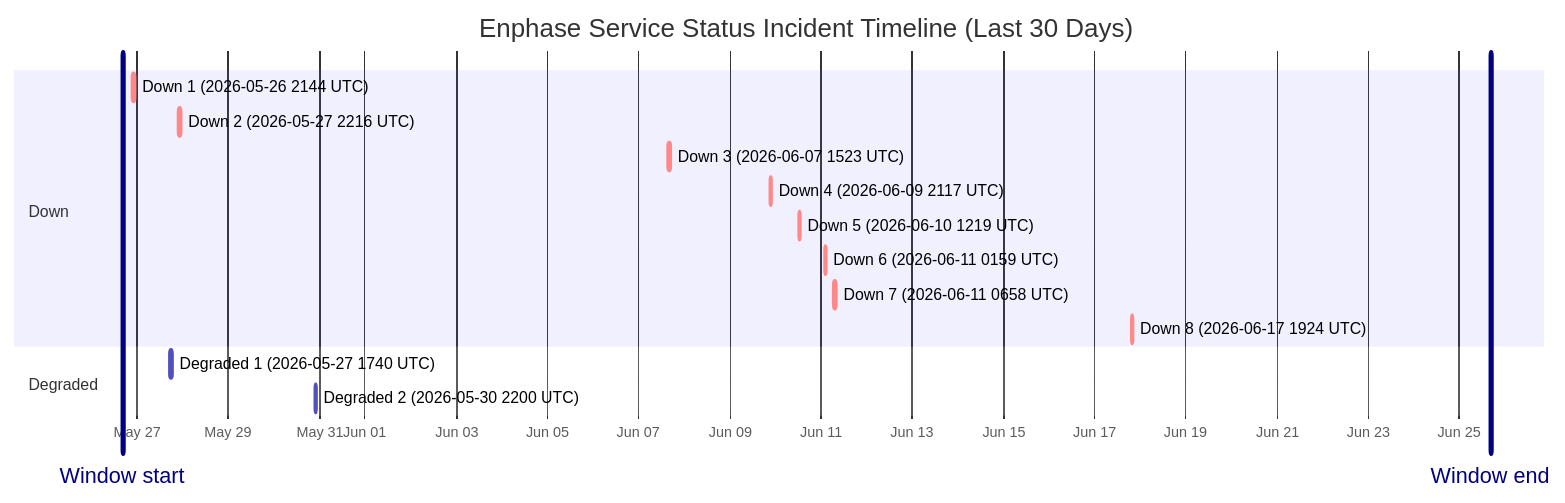
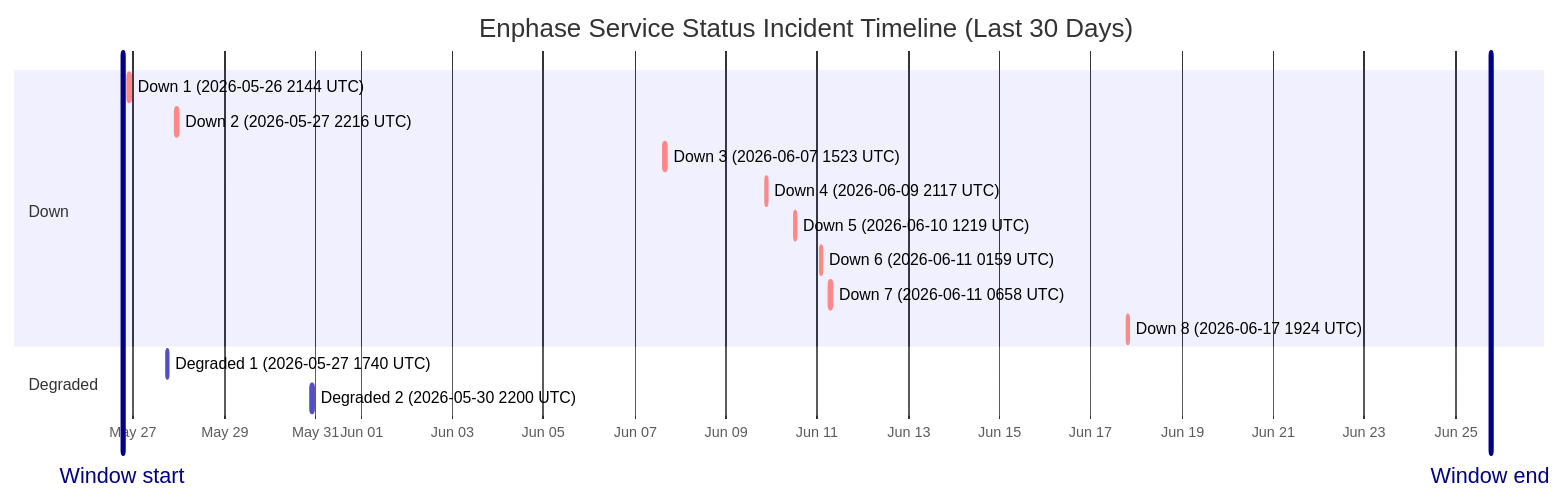
One commit to barneyonline/ha-enphase-energy changed the diagram in wiki/Service-Status-History.md. Above: the diagram before and after it, drawn with Mermaid. The commit also changed other lines of this file and 3 other files, not shown here.

````diff
--- a/wiki/Service-Status-History.md
+++ b/wiki/Service-Status-History.md
@@ -14,20 +14,20 @@
 ```mermaid
 gantt
     title Enphase Service Status Incident Timeline (Last 30 Days)
     dateFormat  YYYY-MM-DDTHH:mm:ss
     axisFormat  %b %d
-    Window start :vert, window-start, 2026-05-26T16:22:23, 0ms
-    Window end :vert, window-end, 2026-06-25T16:22:23, 0ms
+    Window start :vert, window-start, 2026-05-26T18:31:46, 0ms
+    Window end :vert, window-end, 2026-06-25T18:31:46, 0ms
     section Down
     Down 1 (2026-05-26 2144 UTC) :crit, down-1, 2026-05-26T21:44:11, 85m
     Down 2 (2026-05-27 2216 UTC) :crit, down-2, 2026-05-27T22:16:53, 87m
     Down 3 (2026-06-07 1523 UTC) :crit, down-3, 2026-06-07T15:23:22, 87m
     Down 4 (2026-06-09 2117 UTC) :crit, down-4, 2026-06-09T21:17:17, 60m
     Down 5 (2026-06-10 1219 UTC) :crit, down-5, 2026-06-10T12:19:21, 60m
     Down 6 (2026-06-11 0159 UTC) :crit, down-6, 2026-06-11T01:59:36, 60m
     Down 7 (2026-06-11 0658 UTC) :crit, down-7, 2026-06-11T06:58:45, 60m
     Down 8 (2026-06-17 1924 UTC) :crit, down-8, 2026-06-17T19:24:51, 60m
     section Degraded
     Degraded 1 (2026-05-27 1740 UTC) :active, degraded-1, 2026-05-27T17:40:52, 60m
     Degraded 2 (2026-05-30 2200 UTC) :active, degraded-2, 2026-05-30T22:00:37, 60m
 ```
````
